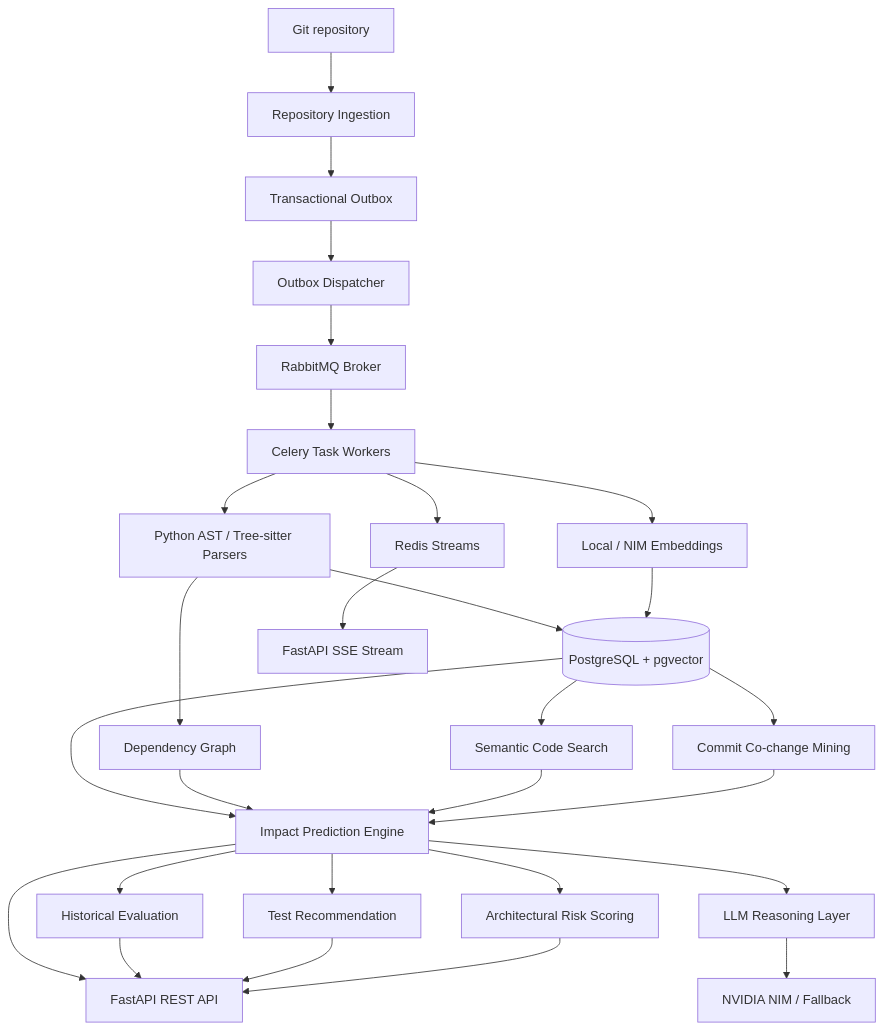
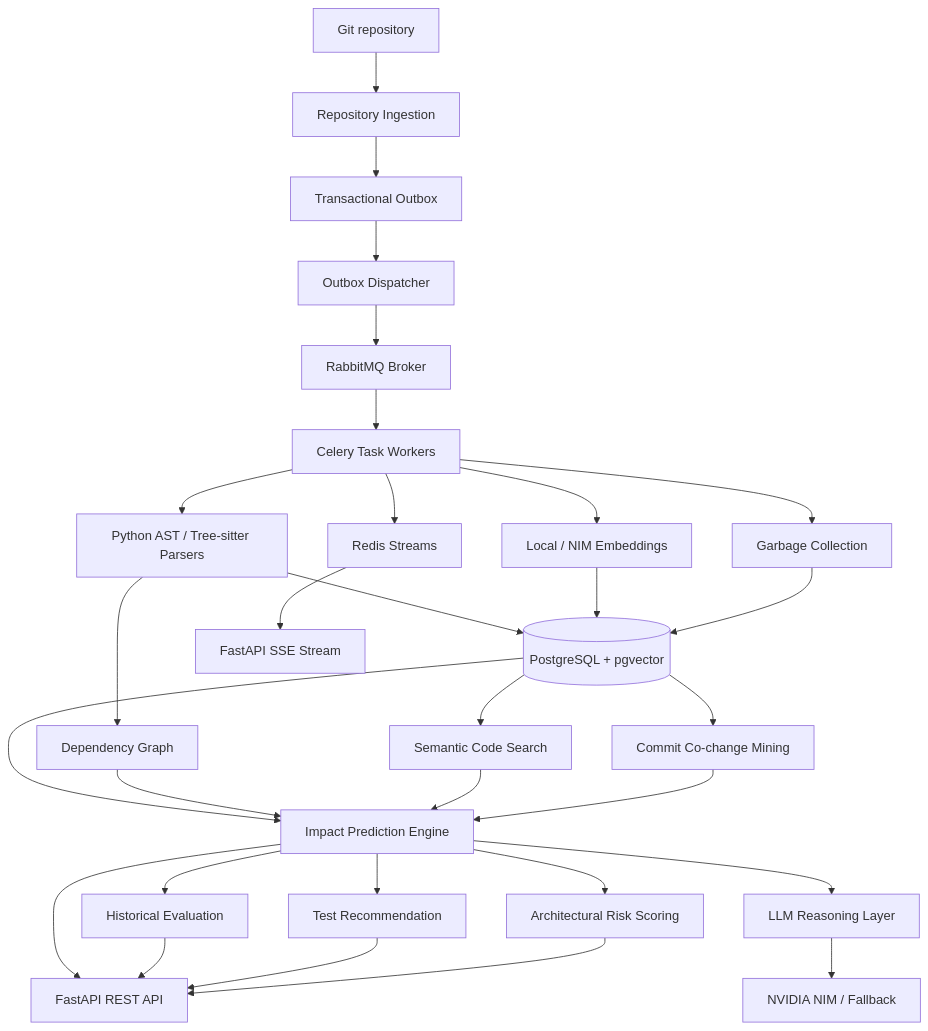
Before and after one commit to mahdi-behnam/gitvane: the diagram in docs/ARCHITECTURE.md, drawn with Mermaid. The commit also changed other lines of this file and 1 other file, not shown here.

````diff
--- a/docs/ARCHITECTURE.md
+++ b/docs/ARCHITECTURE.md
@@ -9,30 +9,32 @@
 ```mermaid
 flowchart TD
     Repo[Git repository] --> Ingest[Repository Ingestion]
     Ingest --> Outbox[Transactional Outbox]
     Outbox --> Dispatcher[Outbox Dispatcher]
     Dispatcher --> RabbitMQ[RabbitMQ Broker]
     RabbitMQ --> Celery[Celery Task Workers]
     Celery --> Parsers[Python AST / Tree-sitter Parsers]
     Parsers --> DB[(PostgreSQL + pgvector)]
     Parsers --> Graph[Dependency Graph]
     Celery --> Embeddings[Local / NIM Embeddings]
     Embeddings --> DB
+    Celery --> GC[Garbage Collection]
+    GC --> DB
     Celery --> Redis[Redis Streams]
     Redis --> SSE[FastAPI SSE Stream]
     DB --> Impact[Impact Prediction Engine]
     Graph --> Impact
     DB --> Search[Semantic Code Search]
     Search --> Impact
     DB --> History[Commit Co-change Mining]
     History --> Impact
     Impact --> Tests[Test Recommendation]
     Impact --> Risk[Architectural Risk Scoring]
     Impact --> Eval[Historical Evaluation]
     Impact --> Explain[LLM Reasoning Layer]
     Explain --> NIM[NVIDIA NIM / Fallback]
     Impact --> API[FastAPI REST API]
     Eval --> API
     Tests --> API
     Risk --> API
 ```
````
